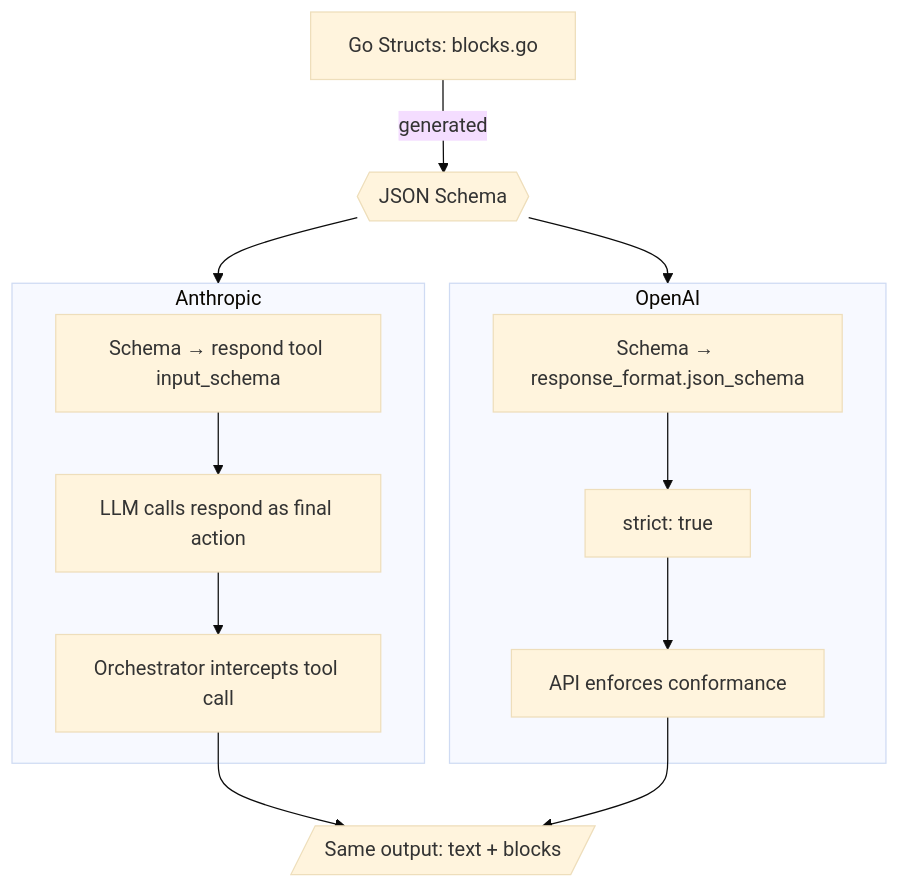
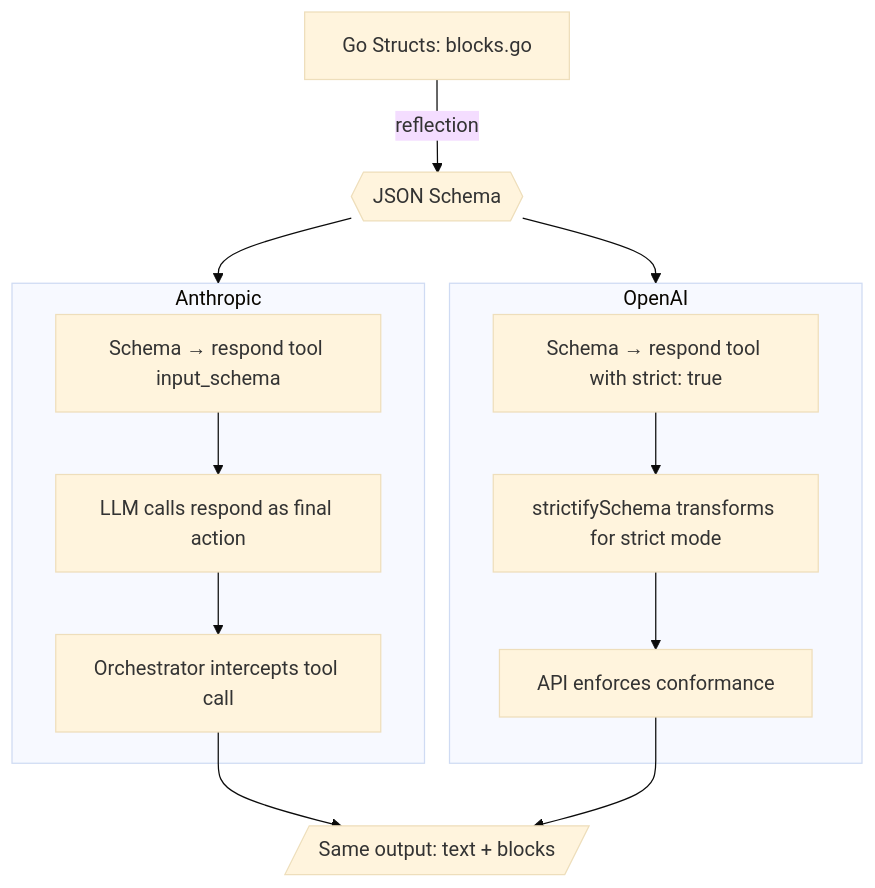
Before and after one commit to labstack/fanout: the third of 3 diagrams in docs/ARCHITECTURE.md, drawn with Mermaid (base theme). The commit also changed other lines of this file and 13 other files, not shown here.

First line of the commit message:
fix: harden error handling across orchestrator, schema gen, and client

````diff
--- a/docs/ARCHITECTURE.md
+++ b/docs/ARCHITECTURE.md
@@ -136,25 +132,25 @@
 ```mermaid
 graph TB
-    G[Go Structs: blocks.go] -- generated --> S{{JSON Schema}}
+    G[Go Structs: blocks.go] -- reflection --> S{{JSON Schema}}
 
     S --> A
     S --> OA
 
     subgraph A[Anthropic]
         A1[Schema → respond tool input_schema]
         A2[LLM calls respond as final action]
         A3[Orchestrator intercepts tool call]
         A1 --> A2 --> A3
     end
 
     subgraph OA[OpenAI]
-        O1[Schema → response_format.json_schema]
-        O2[strict: true]
+        O1[Schema → respond tool with strict: true]
+        O2[strictifySchema transforms for strict mode]
         O3[API enforces conformance]
         O1 --> O2 --> O3
     end
 
     A3 --> OUT
     O3 --> OUT
     OUT[/Same output: text + blocks/]
 ```
````
